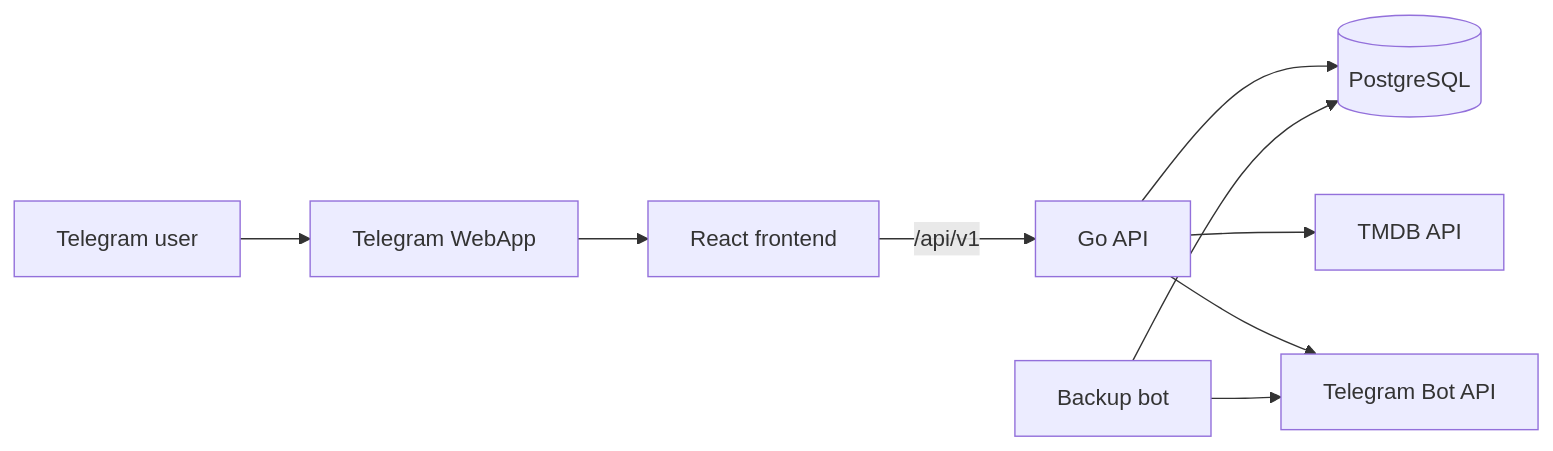
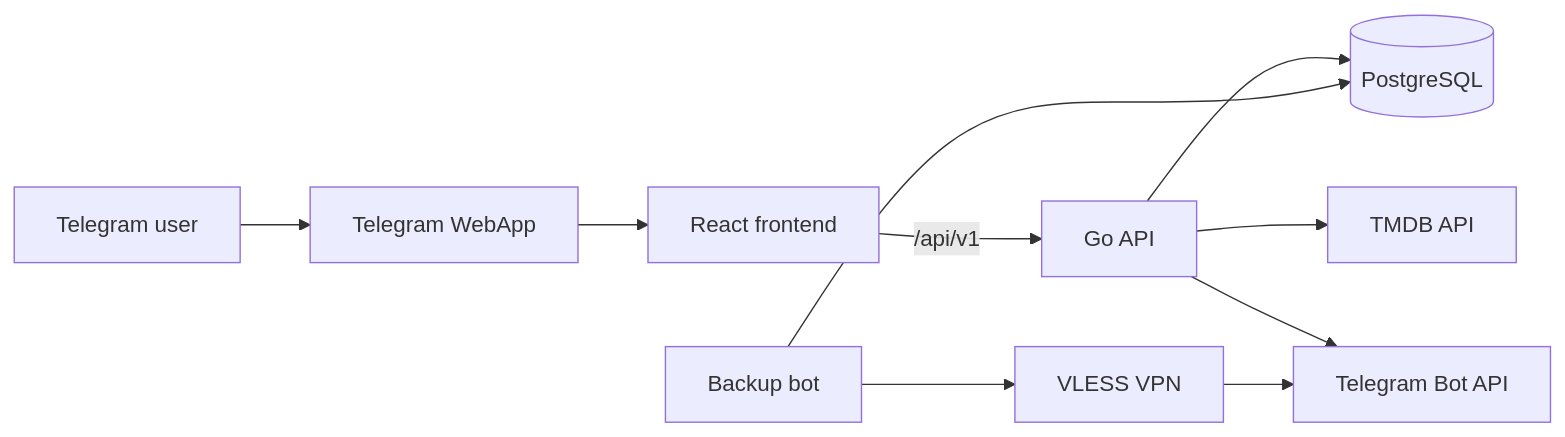
Before and after one commit to kestfor/movies: the diagram in README.md, drawn with Mermaid. The commit also changed other lines of this file and 9 other files, not shown here.

````diff
--- a/README.md
+++ b/README.md
@@ -33,11 +33,12 @@
 ```mermaid
 flowchart LR
     U[Telegram user] --> T[Telegram WebApp]
     T --> F[React frontend]
     F -->|/api/v1| A[Go API]
     A --> P[(PostgreSQL)]
     A --> M[TMDB API]
     A --> B[Telegram Bot API]
     K[Backup bot] --> P
-    K --> B
+    K --> V[VLESS VPN]
+    V --> B
 ```
````
